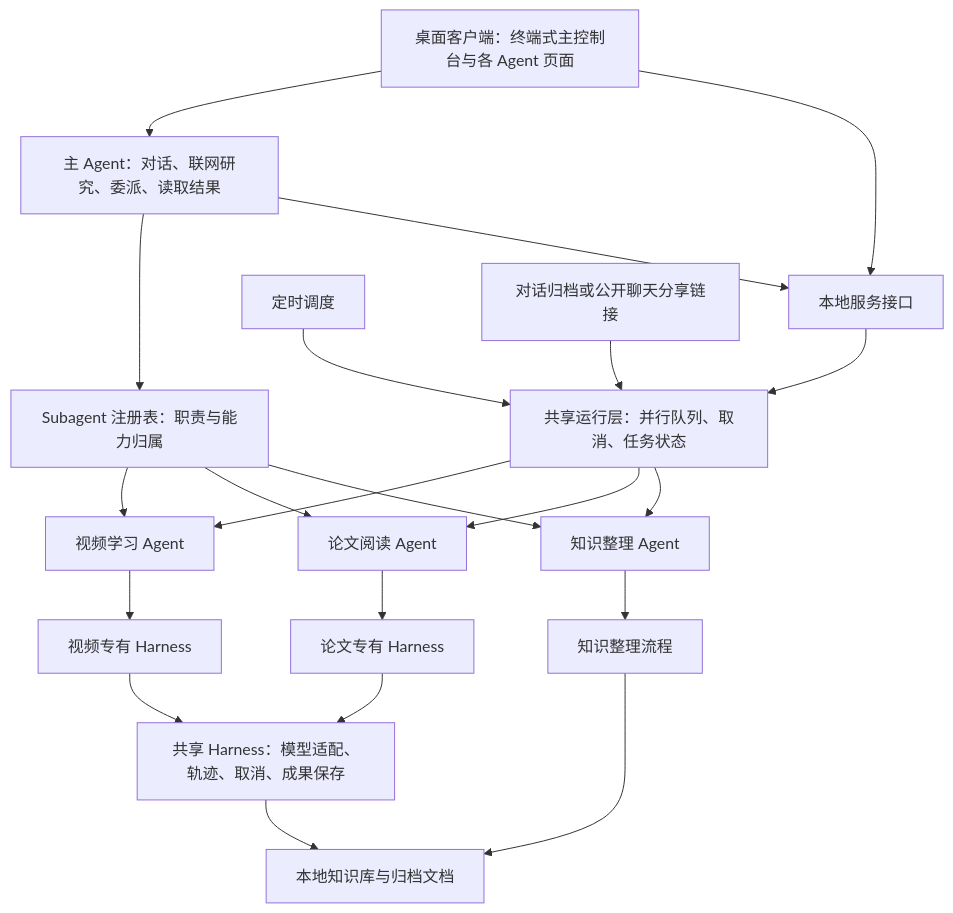
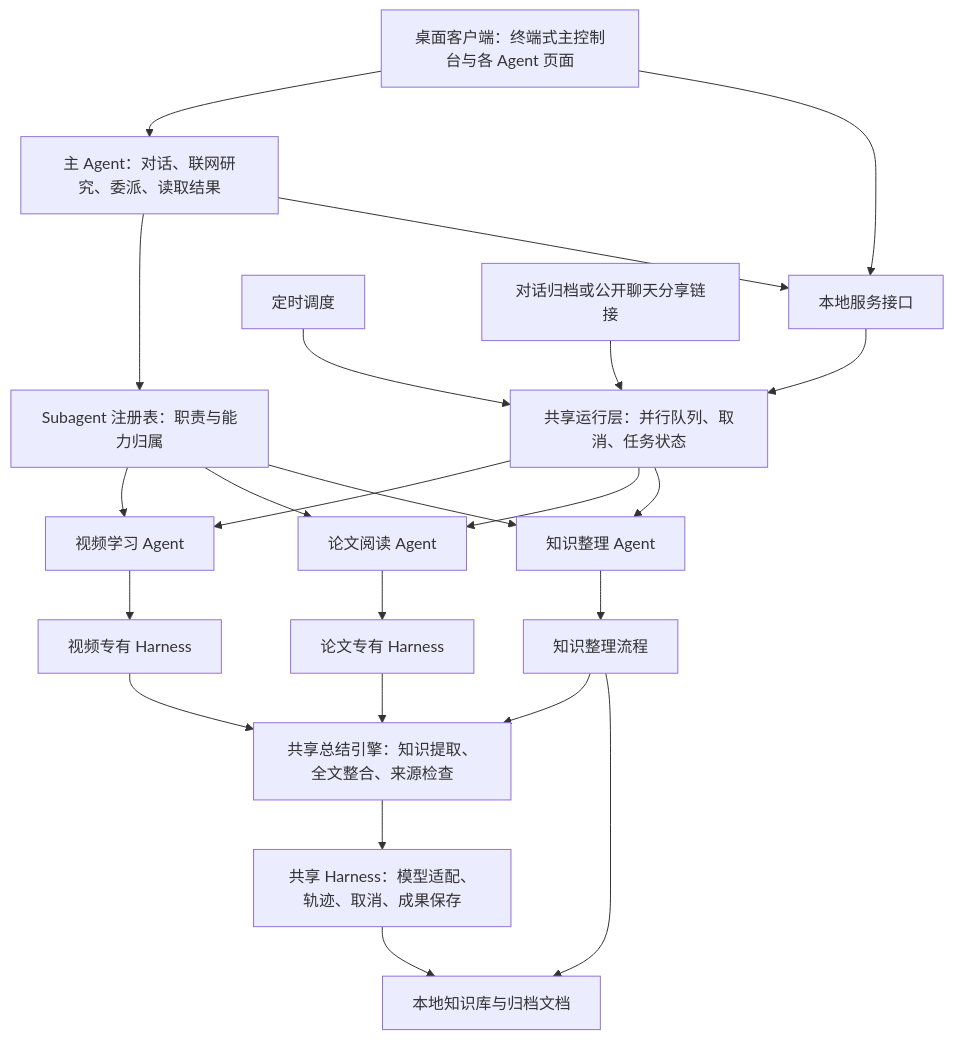
One commit to her7tz/agent4study changed the diagram in 架构框架.md. Above: the diagram before and after it, drawn with Mermaid. The commit also changed other lines of this file and 9 other files, not shown here.

````diff
--- a/架构框架.md
+++ b/架构框架.md
@@ -9,23 +9,25 @@
 ```mermaid
 flowchart TD
     UI[桌面客户端：终端式主控制台与各 Agent 页面] --> MAIN[主 Agent：对话、联网研究、委派、读取结果]
     UI --> API[本地服务接口]
     MAIN --> REG[Subagent 注册表：职责与能力归属]
     MAIN --> API
     API --> POOL[共享运行层：并行队列、取消、任务状态]
     TIMER[定时调度] --> POOL
     ARCHIVE[对话归档或公开聊天分享链接] --> POOL
     REG --> V[视频学习 Agent]
     REG --> P[论文阅读 Agent]
     REG --> K[知识整理 Agent]
     POOL --> V
     POOL --> P
     POOL --> K
     V --> VH[视频专有 Harness]
     P --> PH[论文专有 Harness]
     K --> KH[知识整理流程]
-    VH --> SH[共享 Harness：模型适配、轨迹、取消、成果保存]
-    PH --> SH
+    VH --> SUM[共享总结引擎：知识提取、全文整合、来源检查]
+    PH --> SUM
+    KH --> SUM
+    SUM --> SH[共享 Harness：模型适配、轨迹、取消、成果保存]
     KH --> DATA[本地知识库与归档文档]
     SH --> DATA
 ```
````
